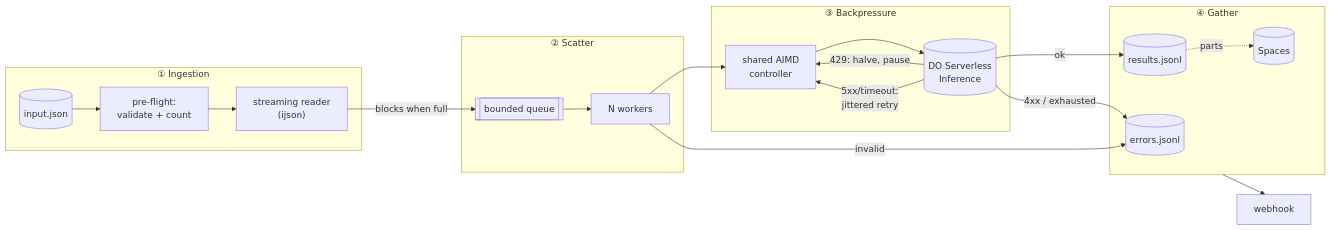
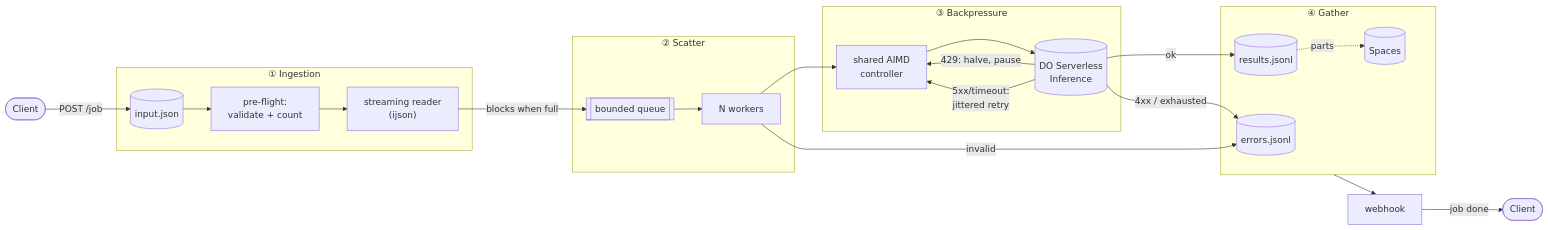
One commit to ishani2202/batch-inference-engine changed the diagram in README.md. Above: the diagram before and after it, drawn with Mermaid.

Commit message:
Enhance architecture diagram in README
Updated architecture diagram in README.md to include additional details.

````diff
--- a/README.md
+++ b/README.md
@@ -11,21 +11,24 @@
 ```mermaid
 flowchart LR
+    C(["Client"]) -->|"POST /job"| F
+
     subgraph ING["① Ingestion"]
         F[("input.json")] --> PF["pre-flight:<br/>validate + count"] --> R["streaming reader<br/>(ijson)"]
     end
     subgraph SCAT["② Scatter"]
         R -->|"blocks when full"| Q[["bounded queue"]] --> W["N workers"]
     end
     subgraph BP["③ Backpressure"]
         W --> L["shared AIMD<br/>controller"] --> DO[("DO Serverless<br/>Inference")]
         DO -->|"429: halve, pause"| L
         DO -->|"5xx/timeout:<br/>jittered retry"| L
     end
     subgraph GATH["④ Gather"]
         DO -->|ok| RJ[("results.jsonl")]
         W -->|invalid| EJ[("errors.jsonl")]
         DO -->|"4xx / exhausted"| EJ
         RJ -.->|parts| SP[("Spaces")]
     end
     GATH --> WH["webhook"]
+    WH -->|"job done"| C2(["Client"])
 ```
````
